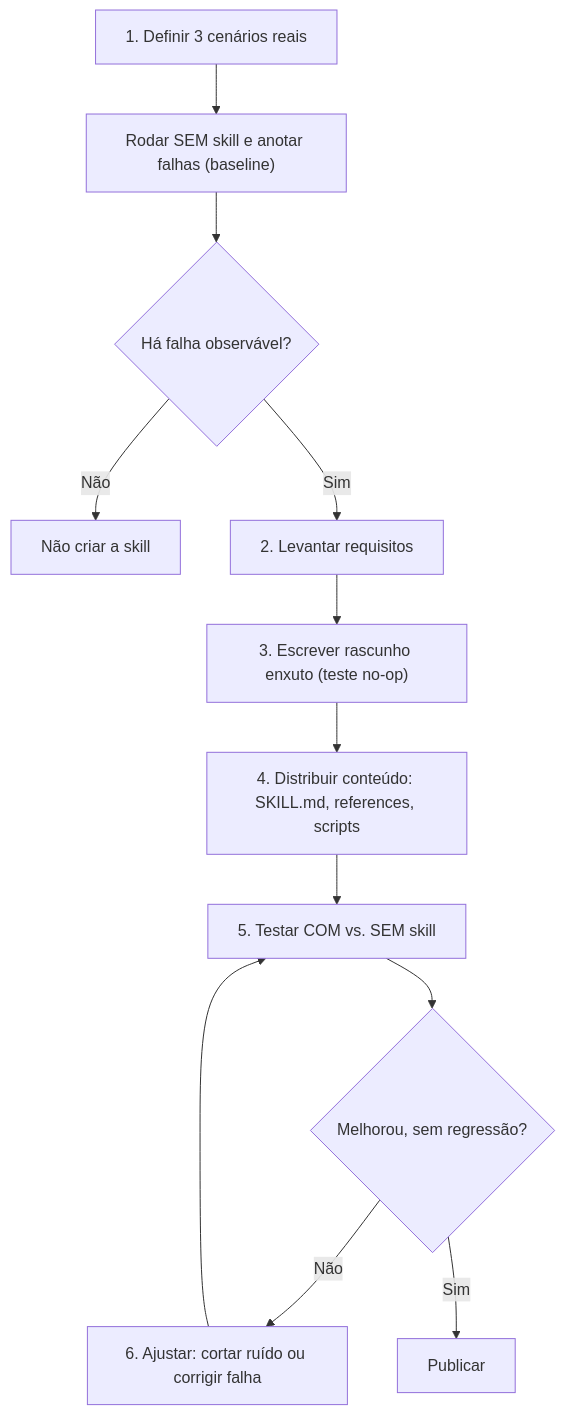
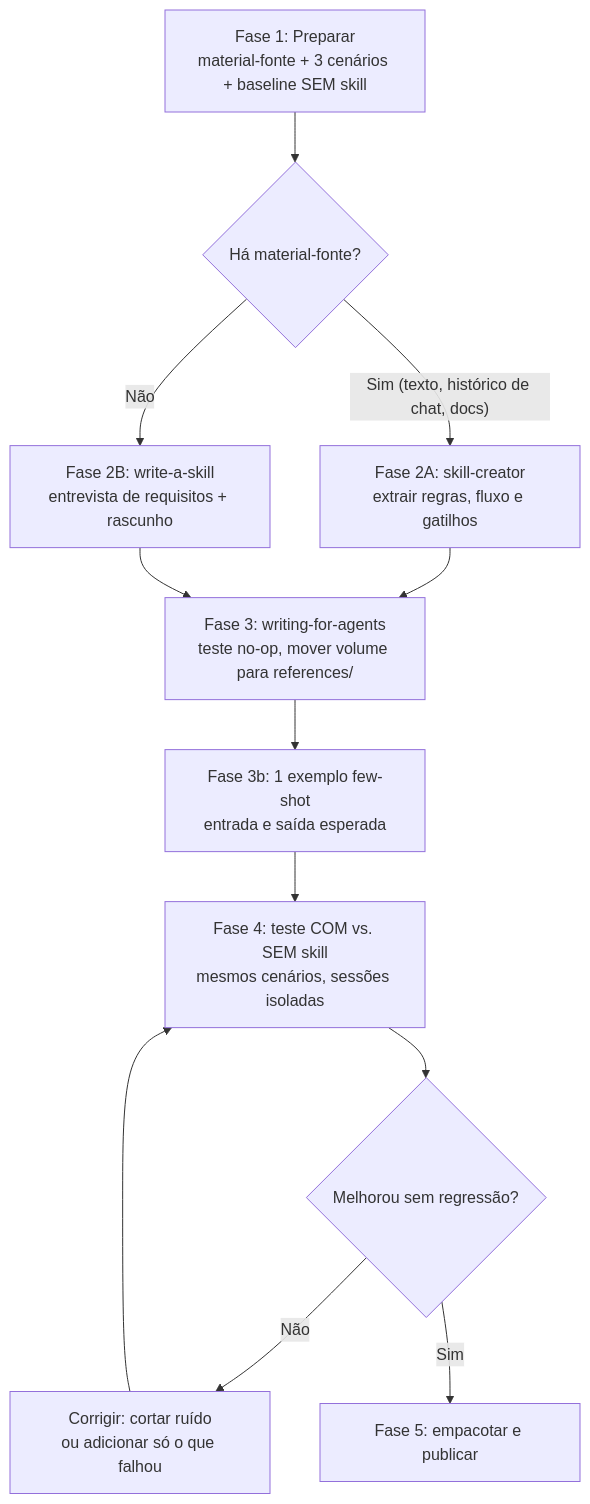
Before and after one commit to vitorguimaraes/guia-de-criacao-de-skills: the diagram in README.md, drawn with Mermaid. The commit also changed other lines of this file and 1 other file, not shown here.

````diff
--- a/README.md
+++ b/README.md
@@ -13,14 +15,14 @@
 ```mermaid
 flowchart TD
-    A["1. Definir 3 cenários reais"] --> B["Rodar SEM skill e anotar falhas (baseline)"]
-    B --> C{"Há falha observável?"}
-    C -- Não --> X["Não criar a skill"]
-    C -- Sim --> D["2. Levantar requisitos"]
-    D --> E["3. Escrever rascunho enxuto (teste no-op)"]
-    E --> F["4. Distribuir conteúdo: SKILL.md, references, scripts"]
-    F --> G["5. Testar COM vs. SEM skill"]
-    G --> H{"Melhorou, sem regressão?"}
-    H -- Não --> I["6. Ajustar: cortar ruído ou corrigir falha"]
+    A["Fase 1: Preparar<br/>material-fonte + 3 cenários + baseline SEM skill"] --> B{"Há material-fonte?"}
+    B -- "Sim (texto, histórico de chat, docs)" --> C["Fase 2A: skill-creator<br/>extrair regras, fluxo e gatilhos"]
+    B -- "Não" --> D["Fase 2B: write-a-skill<br/>entrevista de requisitos + rascunho"]
+    C --> E["Fase 3: writing-for-agents<br/>teste no-op, mover volume para references/"]
+    D --> E
+    E --> F["Fase 3b: 1 exemplo few-shot<br/>entrada e saída esperada"]
+    F --> G["Fase 4: teste COM vs. SEM skill<br/>mesmos cenários, sessões isoladas"]
+    G --> H{"Melhorou sem regressão?"}
+    H -- "Não" --> I["Corrigir: cortar ruído<br/>ou adicionar só o que falhou"]
     I --> G
-    H -- Sim --> J["Publicar"]
+    H -- "Sim" --> J["Fase 5: empacotar e publicar"]
 ```
````
